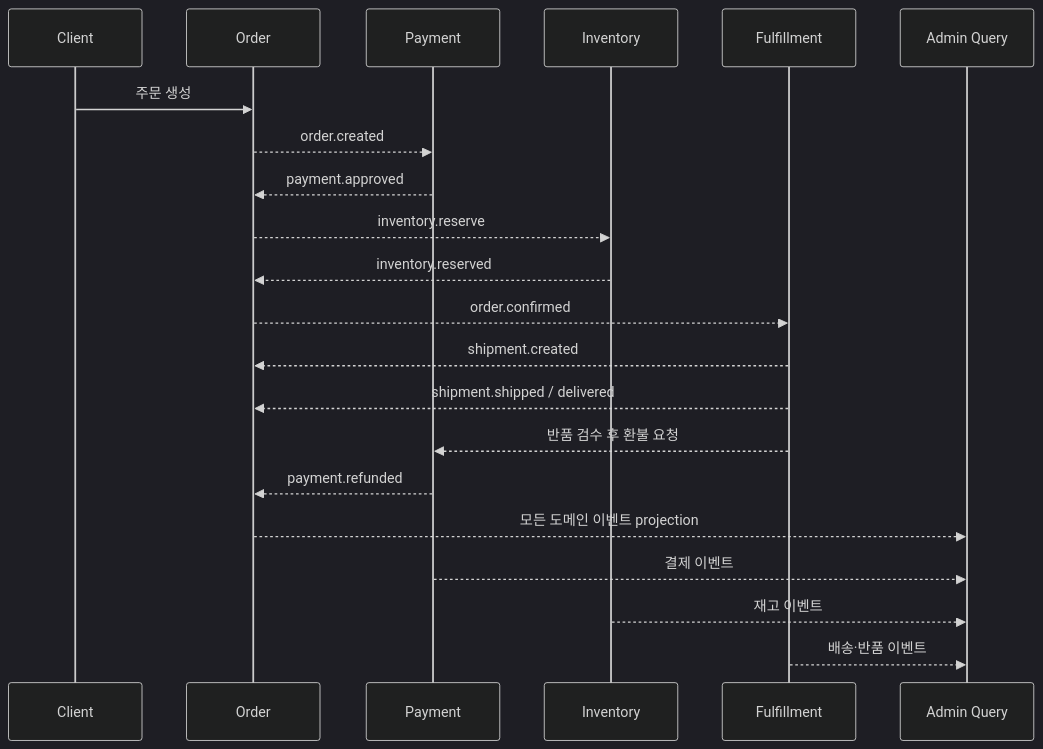
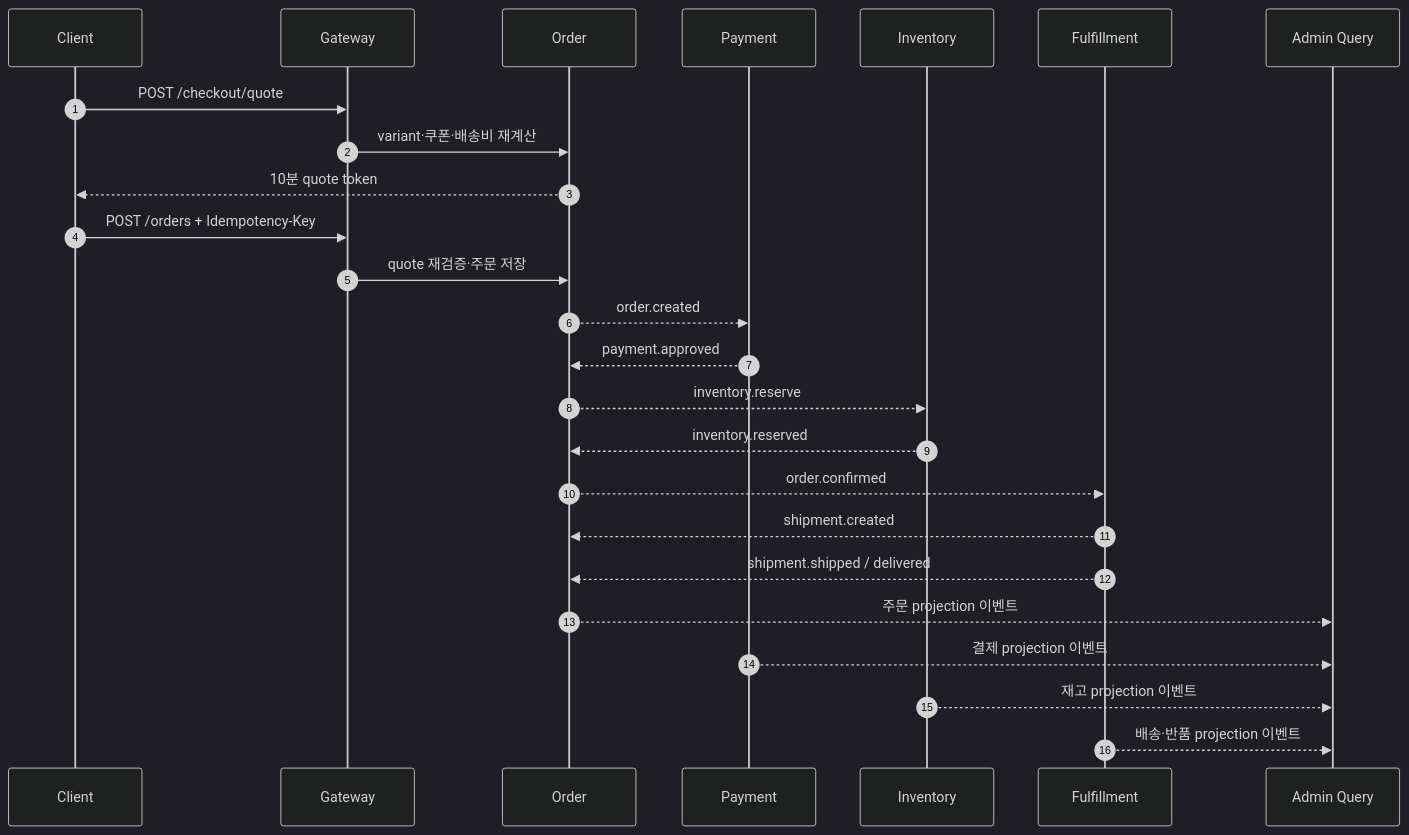
Before and after one commit to lulupang2/ecommerce: the second of 2 diagrams in docs/ARCHITECTURE.md, drawn with Mermaid (dark theme). The commit also changed other lines of this file and 3 other files, not shown here.

First line of the commit message:
docs: present production architecture and operations

````diff
--- a/docs/ARCHITECTURE.md
+++ b/docs/ARCHITECTURE.md
@@ -40,23 +77,28 @@
 ```mermaid
 sequenceDiagram
+  autonumber
   participant C as Client
+  participant G as Gateway
   participant O as Order
   participant P as Payment
   participant I as Inventory
   participant F as Fulfillment
   participant A as Admin Query
-  C->>O: 주문 생성
+
+  C->>G: POST /checkout/quote
+  G->>O: variant·쿠폰·배송비 재계산
+  O-->>C: 10분 quote token
+  C->>G: POST /orders + Idempotency-Key
+  G->>O: quote 재검증·주문 저장
   O-->>P: order.created
   P-->>O: payment.approved
   O-->>I: inventory.reserve
   I-->>O: inventory.reserved
   O-->>F: order.confirmed
   F-->>O: shipment.created
   F-->>O: shipment.shipped / delivered
-  F-->>P: 반품 검수 후 환불 요청
-  P-->>O: payment.refunded
-  O-->>A: 모든 도메인 이벤트 projection
-  P-->>A: 결제 이벤트
-  I-->>A: 재고 이벤트
-  F-->>A: 배송·반품 이벤트
+  O-->>A: 주문 projection 이벤트
+  P-->>A: 결제 projection 이벤트
+  I-->>A: 재고 projection 이벤트
+  F-->>A: 배송·반품 projection 이벤트
 ```
````
